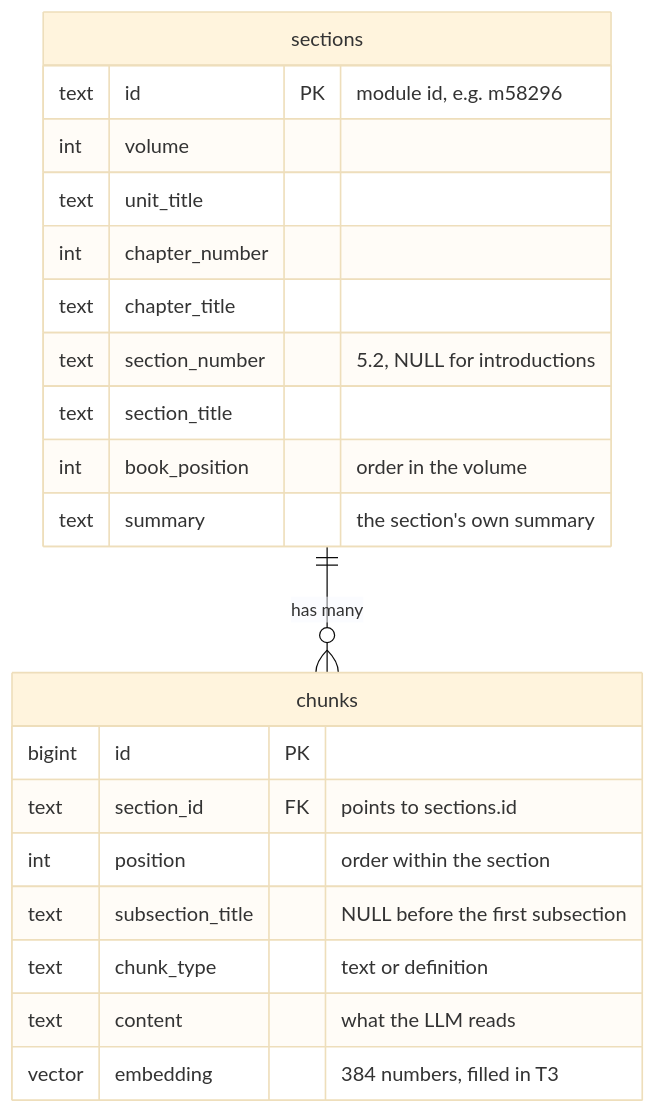
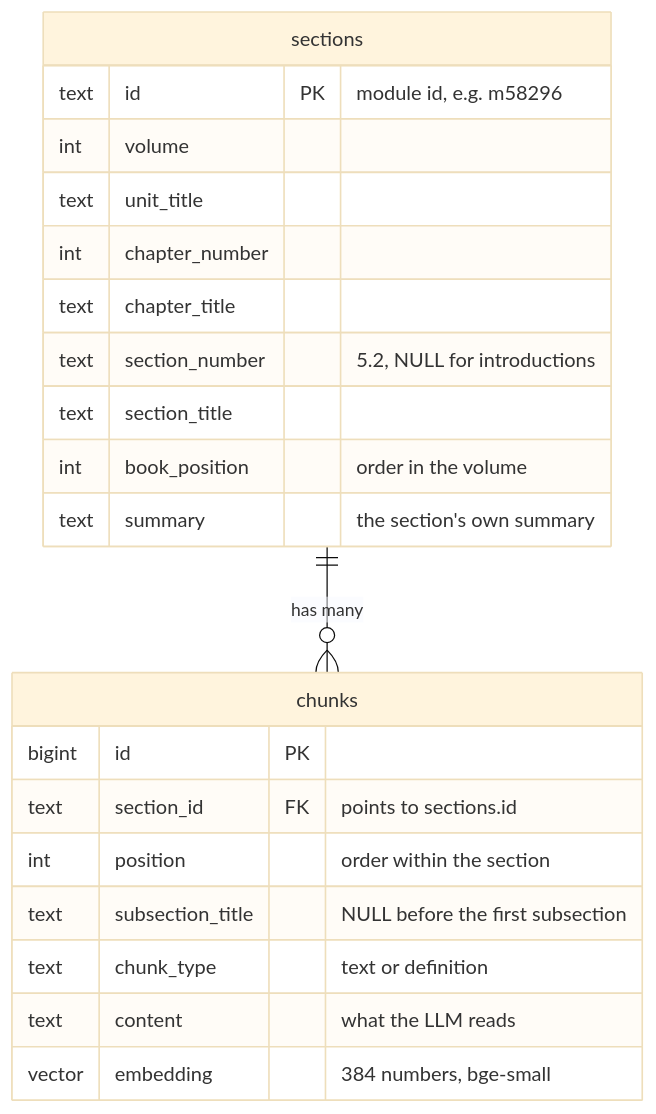
Before and after one commit to sissi0509/ask-the-textbook: the diagram in docs/SCHEMA.md, drawn with Mermaid (base theme). The commit also changed other lines of this file and 8 other files, not shown here.

First line of the commit message:
T3: embed every chunk with a local bi-encoder (bge-small, 384-d)

````diff
--- a/docs/SCHEMA.md
+++ b/docs/SCHEMA.md
@@ -5,26 +5,26 @@
 ```mermaid
 erDiagram
     sections ||--o{ chunks : "has many"
 
     sections {
         text id PK "module id, e.g. m58296"
         int volume
         text unit_title
         int chapter_number
         text chapter_title
         text section_number "5.2, NULL for introductions"
         text section_title
         int book_position "order in the volume"
         text summary "the section's own summary"
     }
 
     chunks {
         bigint id PK
         text section_id FK "points to sections.id"
         int position "order within the section"
         text subsection_title "NULL before the first subsection"
         text chunk_type "text or definition"
         text content "what the LLM reads"
-        vector embedding "384 numbers, filled in T3"
+        vector embedding "384 numbers, bge-small"
     }
 ```
````
